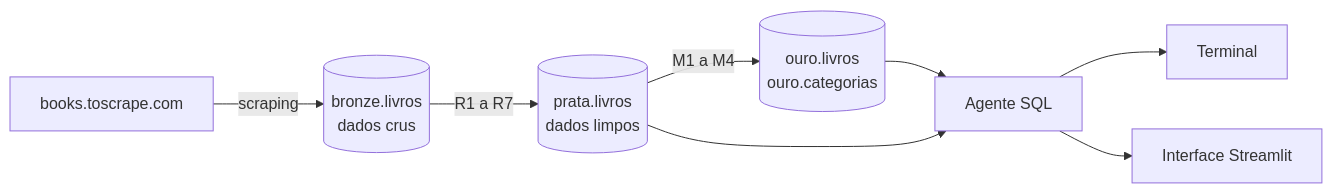
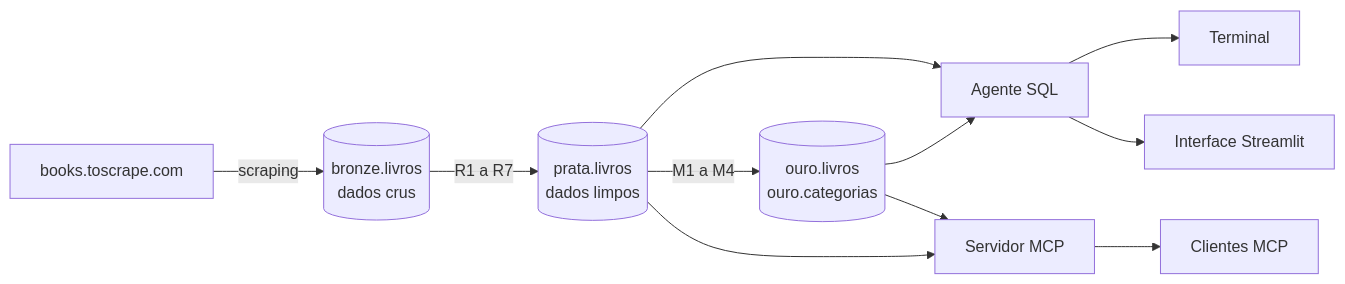
One commit to MateusFariia/livraria-ia changed the diagram in README.md. Above: the diagram before and after it, drawn with Mermaid. The commit also changed other lines of this file and 4 other files, not shown here.

First line of the commit message:
Adiciona servidor MCP somente leitura

````diff
--- a/README.md
+++ b/README.md
@@ -9,10 +9,13 @@
 ```mermaid
 flowchart LR
     A[books.toscrape.com] -->|scraping| B[(bronze.livros<br/>dados crus)]
     B -->|R1 a R7| C[(prata.livros<br/>dados limpos)]
     C -->|M1 a M4| D[(ouro.livros<br/>ouro.categorias)]
     D --> E[Agente SQL]
     C --> E
+    C --> H[Servidor MCP]
+    D --> H
     E --> F[Terminal]
     E --> G[Interface Streamlit]
+    H --> I[Clientes MCP]
 ```
````
